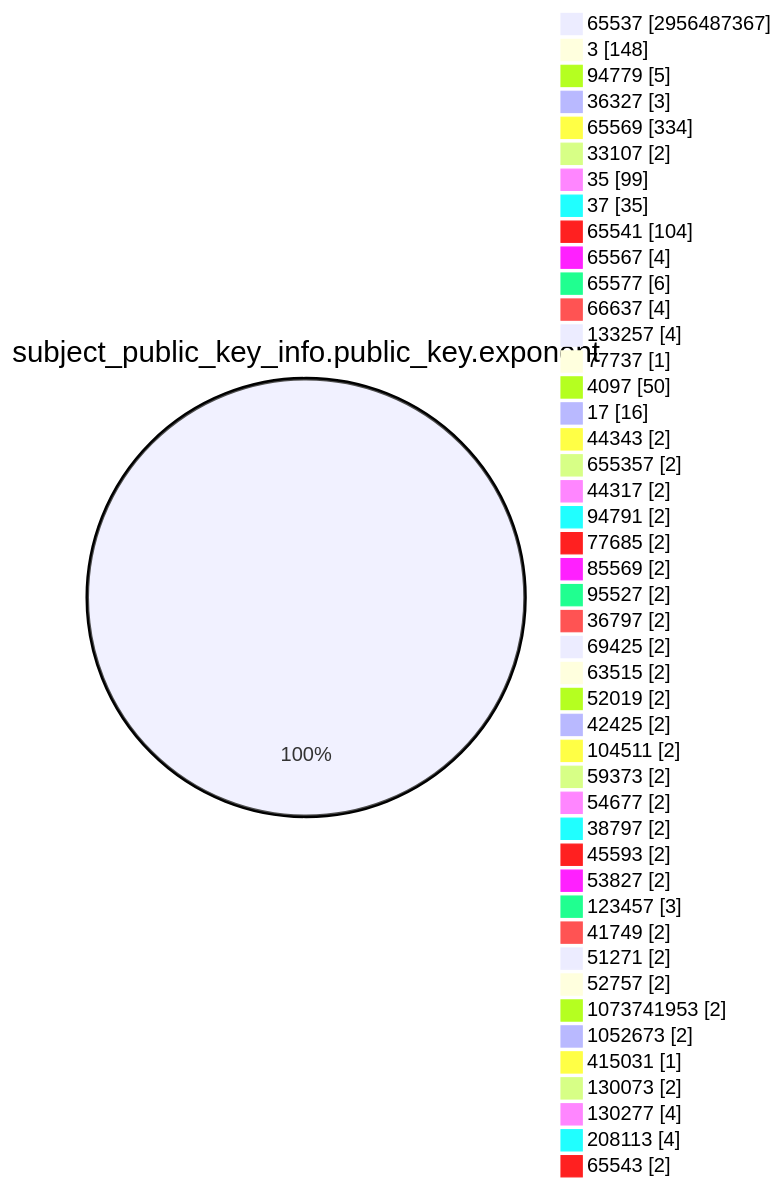
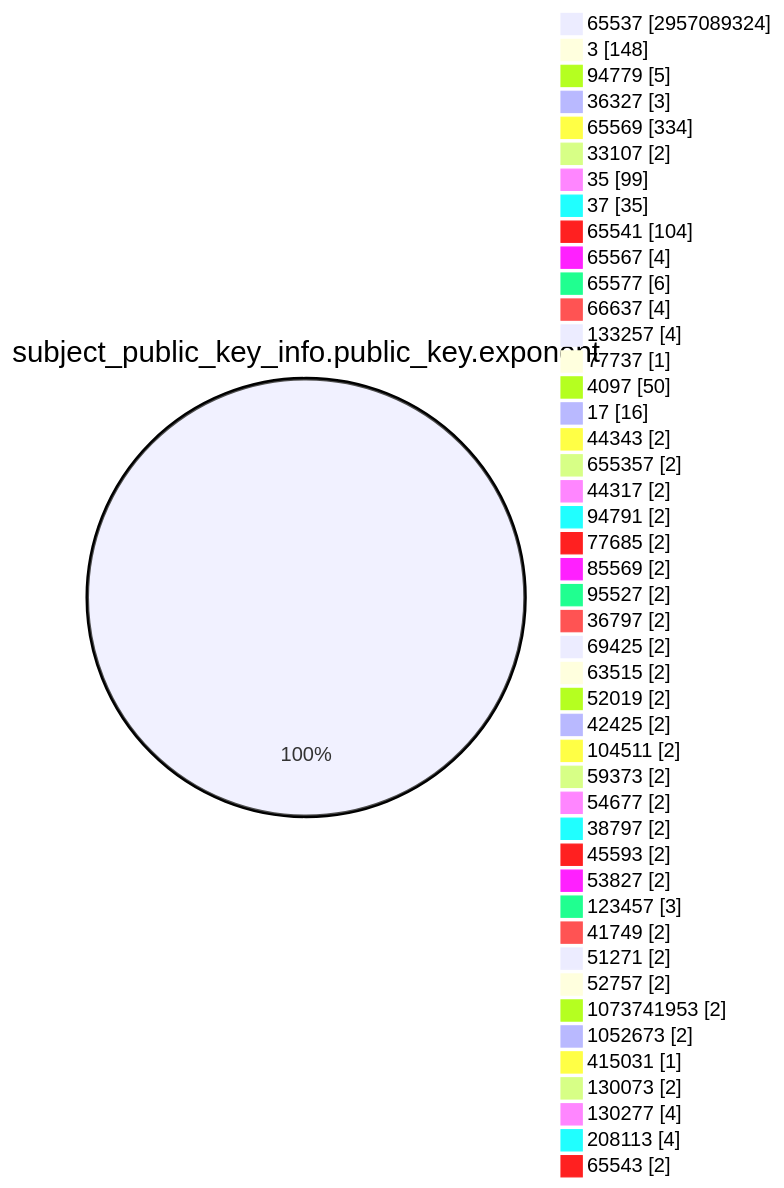
The fourth of 15 diagrams in TOTAL/README.md (christiankrug/ctmonitor_visualization), drawn with Mermaid before and after one commit. The commit also changed other lines of this file, not shown here.

````diff
--- a/TOTAL/README.md
+++ b/TOTAL/README.md
@@ -1471,49 +1471,49 @@
 ```mermaid
 pie showData
 title subject_public_key_info.public_key.exponent
-"65537" :2956487367
+"65537" :2957089324
 "3" :148
 "94779" :5
 "36327" :3
 "65569" :334
 "33107" :2
 "35" :99
 "37" :35
 "65541" :104
 "65567" :4
 "65577" :6
 "66637" :4
 "133257" :4
 "77737" :1
 "4097" :50
 "17" :16
 "44343" :2
 "655357" :2
 "44317" :2
 "94791" :2
 "77685" :2
 "85569" :2
 "95527" :2
 "36797" :2
 "69425" :2
 "63515" :2
 "52019" :2
 "42425" :2
 "104511" :2
 "59373" :2
 "54677" :2
 "38797" :2
 "45593" :2
 "53827" :2
 "123457" :3
 "41749" :2
 "51271" :2
 "52757" :2
 "1073741953" :2
 "1052673" :2
 "415031" :1
 "130073" :2
 "130277" :4
 "208113" :4
 "65543" :2
 ```
````
